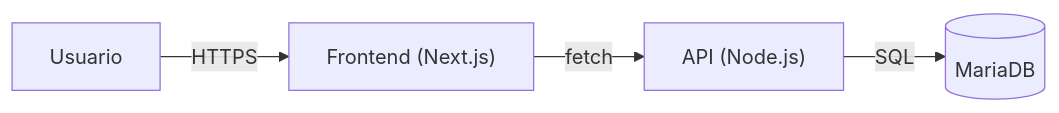
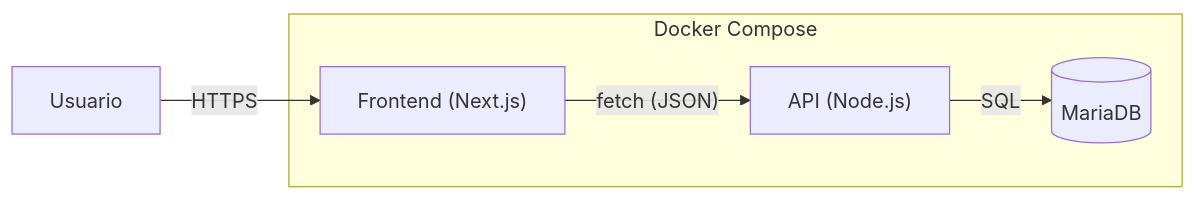
Before and after one commit to XALEX14410/sise_lite_hybrid: the diagram in diagrams/arquitectura.mmd, drawn with Mermaid.

Commit message:
actualizacion a la arquitectura y los archivos del repositorio, se requieren cambios como los datos de usuario para acceder a al base de datos y entre otros

````diff
--- a/diagrams/arquitectura.mmd
+++ b/diagrams/arquitectura.mmd
@@ -2,7 +1,11 @@
-```mermaid
+%% Diagrama (Mermaid) - Arquitectura centralizada
 flowchart LR
   U["Usuario"] -- "HTTPS" --> WEB["Frontend (Next.js)"]
-  WEB -- "fetch" --> API["API (Node.js)"]
+  WEB -- "fetch (JSON)" --> API["API (Node.js)"]
   API -- "SQL" --> DB[(MariaDB)]
 
-```
+  subgraph "Docker Compose"
+    WEB
+    API
+    DB
+  end
````
